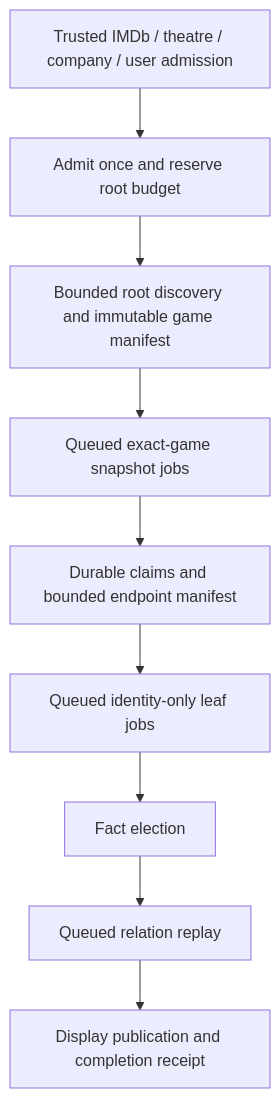
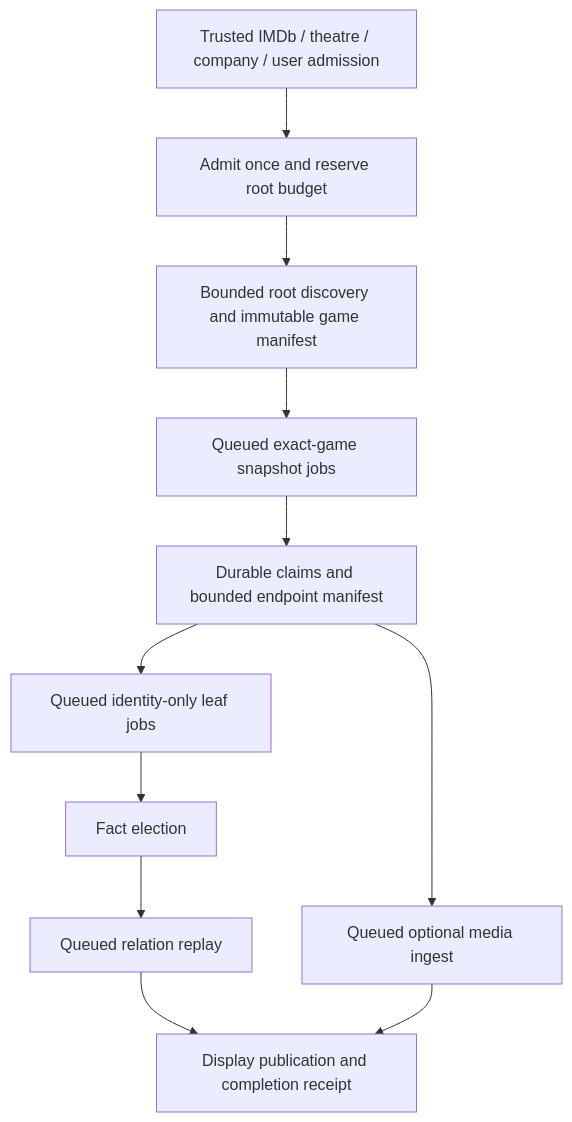
One commit to Orbiterio/docs changed the diagram in guides/open-work/video-game-waterfall.mdx. Above: the diagram before and after it, drawn with Mermaid. The commit also changed other lines of this file and 1 other file, not shown here.

````diff
--- a/guides/open-work/video-game-waterfall.mdx
+++ b/guides/open-work/video-game-waterfall.mdx
@@ -122,11 +122,13 @@
 ```mermaid
 flowchart TD
   E[Trusted IMDb / theatre / company / user admission] --> A[Admit once and reserve root budget]
   A --> D[Bounded root discovery and immutable game manifest]
   D --> Q[Queued exact-game snapshot jobs]
   Q --> M[Durable claims and bounded endpoint manifest]
   M --> L[Queued identity-only leaf jobs]
   L --> F[Fact election]
   F --> R[Queued relation replay]
   R --> P[Display publication and completion receipt]
+  M --> I[Queued optional media ingest]
+  I --> P
 ```
````
